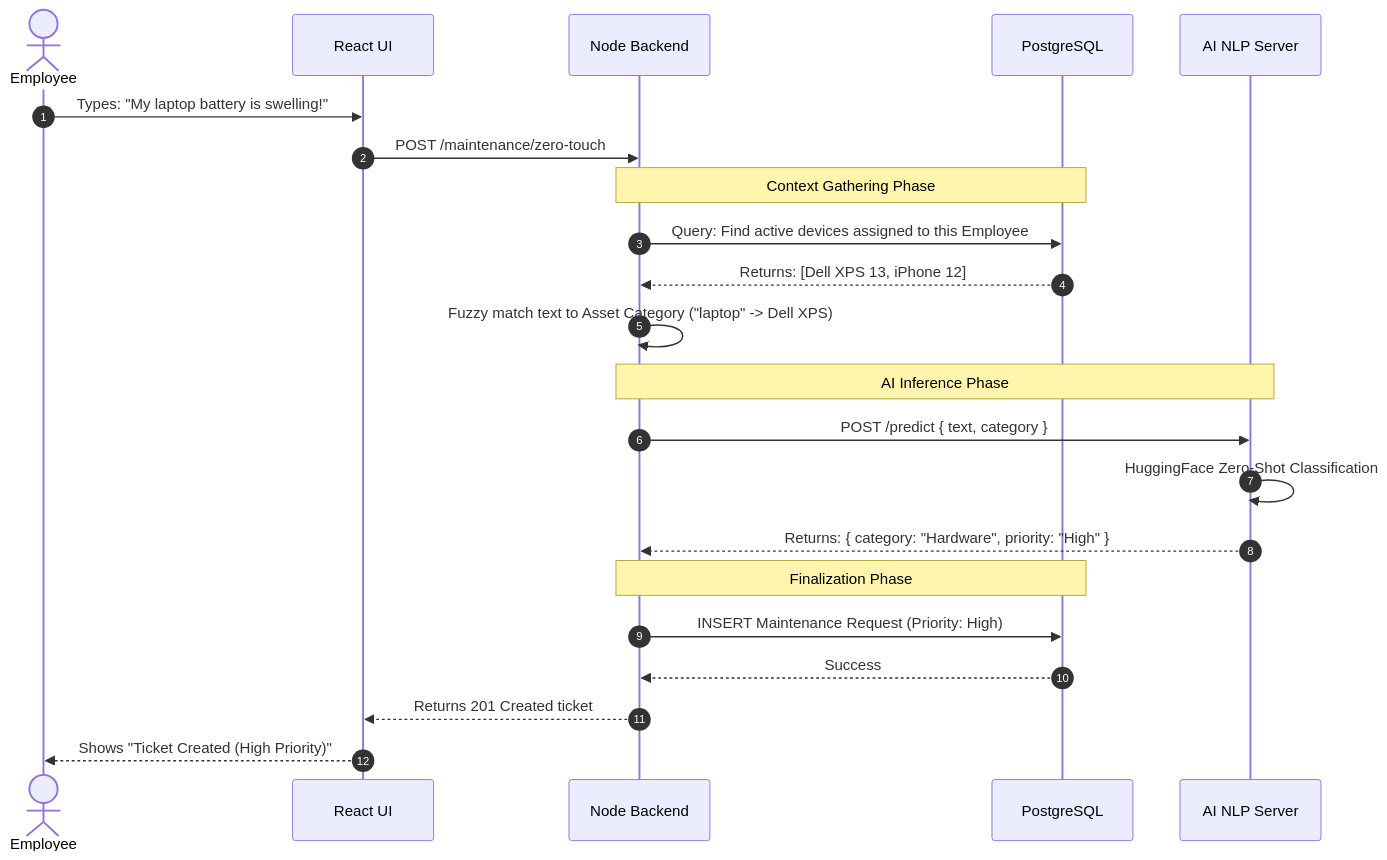
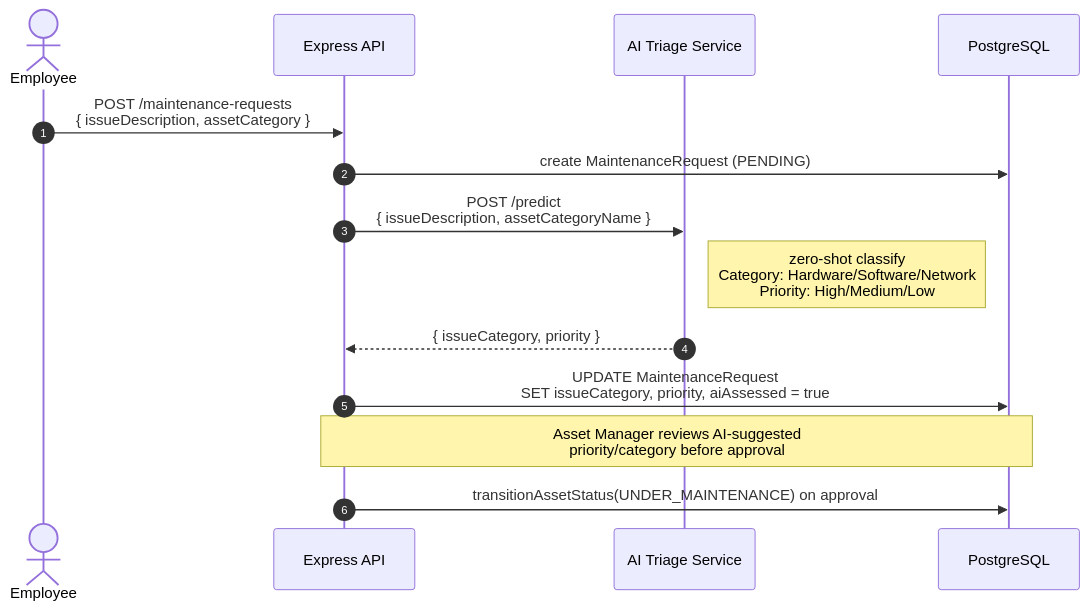
Before and after one commit to J-YATHISH/Odoo_2026_J-Yathish: the second of 5 diagrams in README.md, drawn with Mermaid. The commit also changed other lines of this file, not shown here.

Commit message:
docs: add workflow sequence diagrams and multi-tenant RBAC architecture

````diff
--- a/README.md
+++ b/README.md
@@ -50,29 +51,22 @@
 ```mermaid
 sequenceDiagram
     autonumber
     actor Employee
-    participant React UI
-    participant Node Backend
+    participant Express API
+    participant AI Triage Service
     participant PostgreSQL
-    participant AI NLP Server
     
-    Employee->>React UI: Types: "My laptop battery is swelling!"
-    React UI->>Node Backend: POST /maintenance/zero-touch
+    Employee->>Express API: POST /maintenance-requests<br>{ issueDescription, assetCategory }
+    Express API->>PostgreSQL: create MaintenanceRequest (PENDING)
     
-    Note over Node Backend,PostgreSQL: Context Gathering Phase
-    Node Backend->>PostgreSQL: Query: Find active devices assigned to this Employee
-    PostgreSQL-->>Node Backend: Returns: [Dell XPS 13, iPhone 12]
-    Node Backend->>Node Backend: Fuzzy match text to Asset Category ("laptop" -> Dell XPS)
+    Express API->>AI Triage Service: POST /predict<br>{ issueDescription, assetCategoryName }
     
-    Note over Node Backend,AI NLP Server: AI Inference Phase
-    Node Backend->>AI NLP Server: POST /predict { text, category }
-    AI NLP Server->>AI NLP Server: HuggingFace Zero-Shot Classification
-    AI NLP Server-->>Node Backend: Returns: { category: "Hardware", priority: "High" }
+    Note right of AI Triage Service: zero-shot classify<br>Category: Hardware/Software/Network<br>Priority: High/Medium/Low
     
-    Note over Node Backend,PostgreSQL: Finalization Phase
-    Node Backend->>PostgreSQL: INSERT Maintenance Request (Priority: High)
-    PostgreSQL-->>Node Backend: Success
+    AI Triage Service-->>Express API: { issueCategory, priority }
+    Express API->>PostgreSQL: UPDATE MaintenanceRequest<br>SET issueCategory, priority, aiAssessed = true
     
-    Node Backend-->>React UI: Returns 201 Created ticket
-    React UI-->>Employee: Shows "Ticket Created (High Priority)"
+    Note over Express API,PostgreSQL: Asset Manager reviews AI-suggested<br>priority/category before approval
+    
+    Express API->>PostgreSQL: transitionAssetStatus(UNDER_MAINTENANCE) on approval
 ```
````
